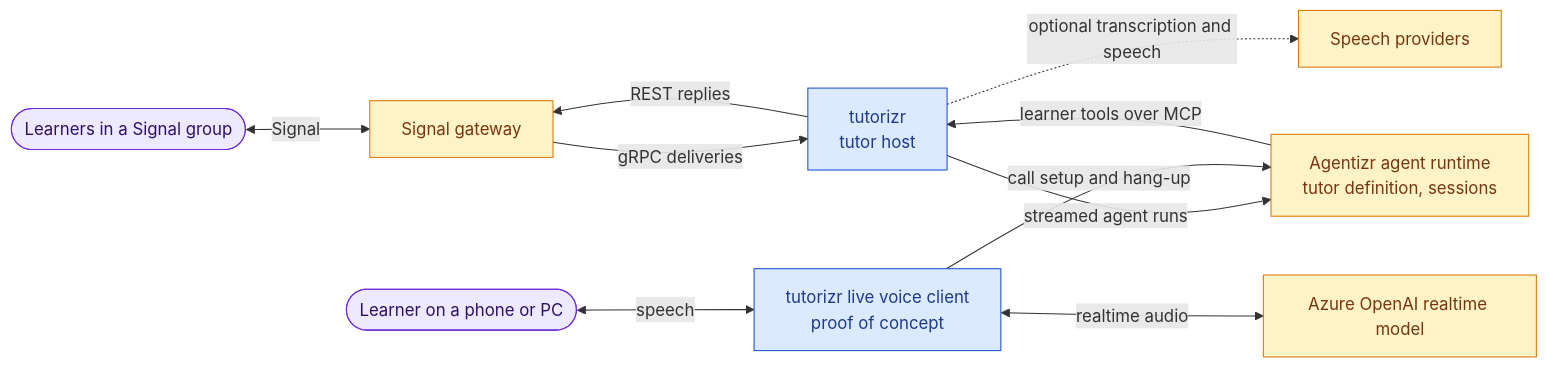
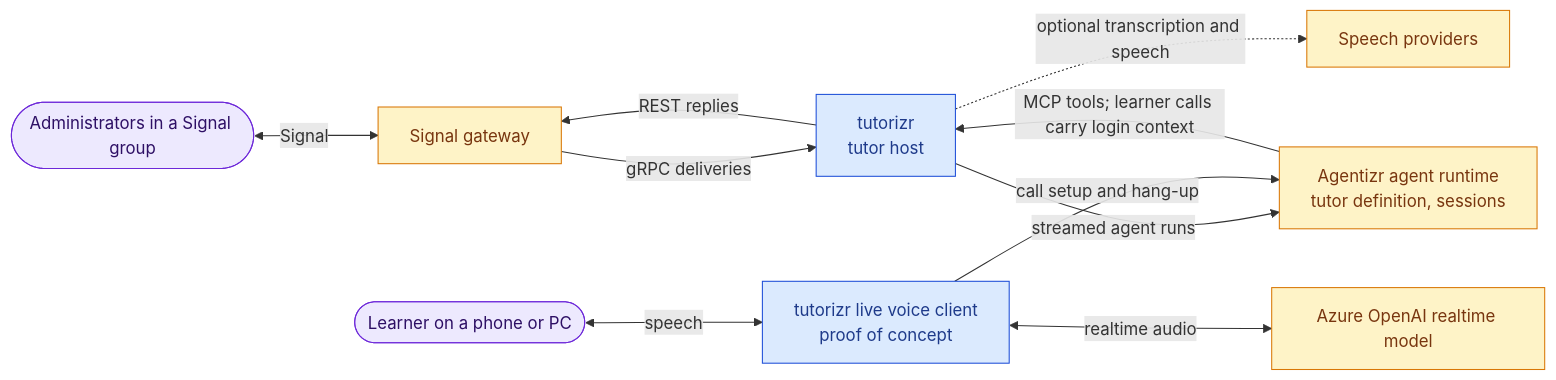
One commit to f2calv/tutorizr changed the diagram in README.md. Above: the diagram before and after it, drawn with Mermaid. The commit also changed other lines of this file and 14 other files, not shown here.

First line of the commit message:
feat(learner): isolate progress by authenticated login

````diff
--- a/README.md
+++ b/README.md
@@ -95,16 +99,16 @@
 ```mermaid
 flowchart LR
     classDef system fill:#dbeafe,stroke:#1d4ed8,color:#1e3a8a
     classDef person fill:#ede9fe,stroke:#6d28d9,color:#2e1065
     classDef external fill:#fef3c7,stroke:#d97706,color:#78350f
 
-    learners([Learners in a Signal group]):::person <-->|Signal| gateway[Signal gateway]:::external
+    admins([Administrators in a Signal group]):::person <-->|Signal| gateway[Signal gateway]:::external
     voiceLearner([Learner on a phone or PC]):::person <-->|speech| client
     gateway -->|"gRPC deliveries"| tutorizr[tutorizr<br/>tutor host]:::system
     tutorizr -->|"REST replies"| gateway
     tutorizr -->|"streamed agent runs"| runtime[Agentizr agent runtime<br/>tutor definition, sessions]:::external
-    runtime -->|"learner tools over MCP"| tutorizr
+    runtime -->|"MCP tools; learner calls carry login context"| tutorizr
     tutorizr -.->|"optional transcription and speech"| speech[Speech providers]:::external
     client[tutorizr live voice client<br/>proof of concept]:::system <-->|"realtime audio"| realtime[Azure OpenAI realtime model]:::external
     client -->|"call setup and hang-up"| runtime
 ```
````
